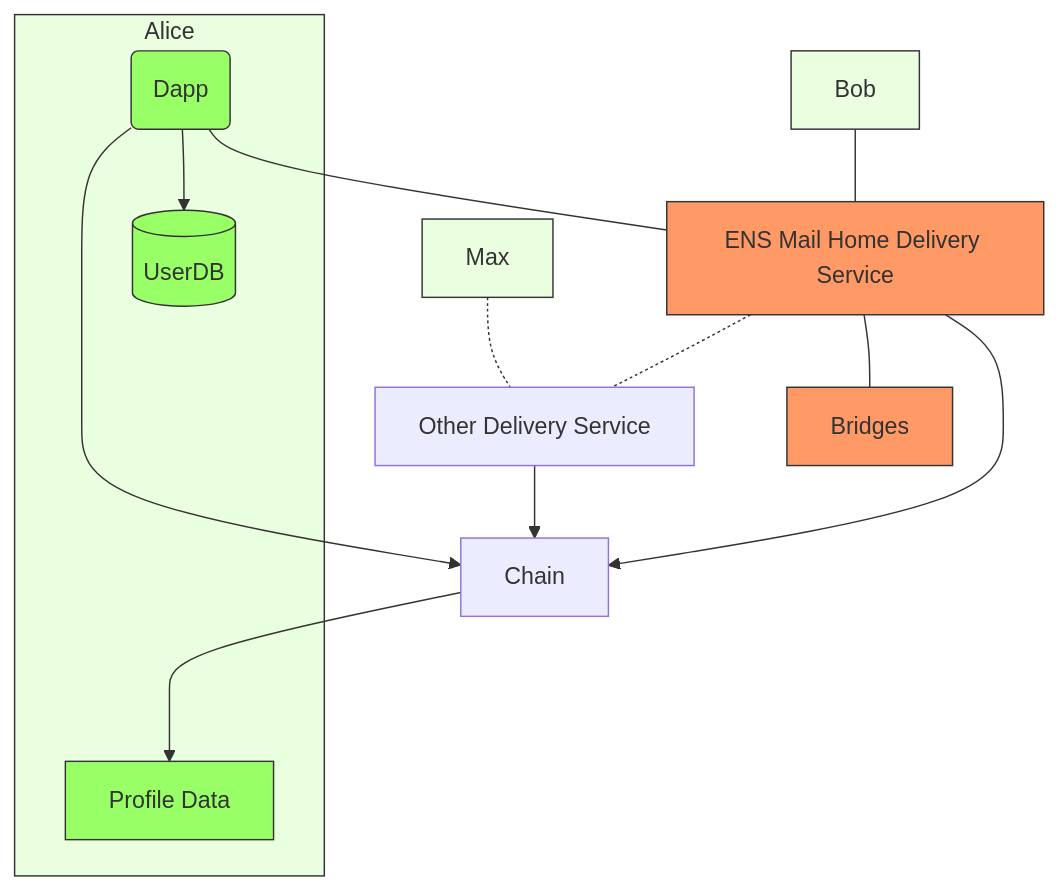
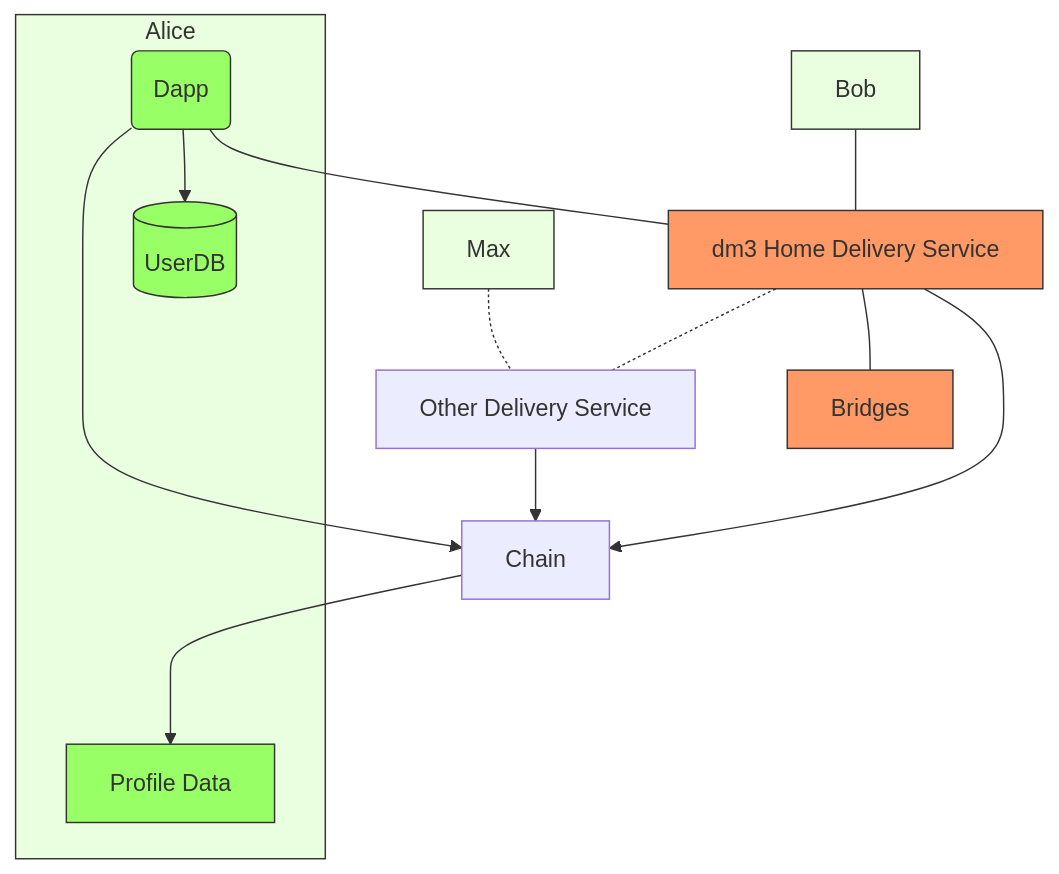
The fifth of 5 diagrams in README.md (dm3-org/dm3), drawn with Mermaid before and after one commit. The commit also changed other lines of this file and 206 other files, not shown here.

````diff
--- a/README.md
+++ b/README.md
@@ -161,34 +161,34 @@
 ```mermaid
 graph TD
     subgraph sg0[Alice]
         id7[(UserDB)]
         id0(Dapp)
         id10[Profile Data]
         
         
     end
     id0 --> id9[Chain]
     
     id0 --> id7
-    id0 --- id1[ENS Mail Home Delivery Service] 
+    id0 --- id1[dm3 Home Delivery Service] 
 
 
     id4[Bob] --- id1
     id6[Max]-.-id2
     id1 -.- id2[Other Delivery Service] 
     id1 --- id3[Bridges] 
    
    
 
     id1 --> id9
     id2 --> id9
     id9 ---> id10
      
 
    classDef green fill:#9f6,stroke:#333
    classDef lightgreen fill:#eaffe0,stroke:#333
    classDef orange fill:#f96,stroke:#333
    class id0,id7,id8,id10,sg0 green
    class id4,id6,sg0 lightgreen
    class id1,id3 orange
 ```
````
